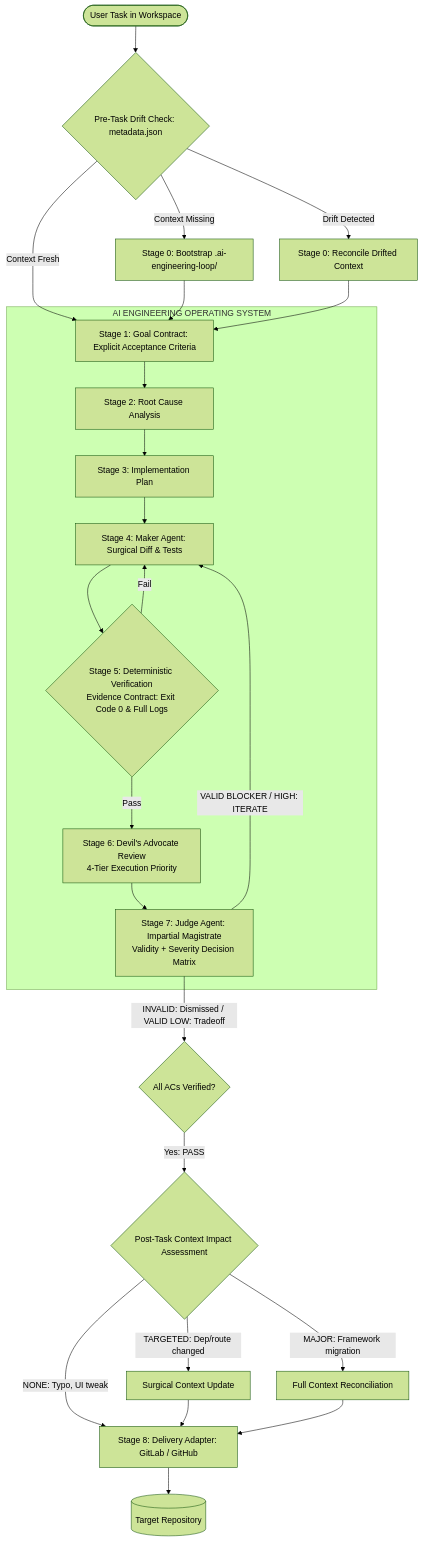
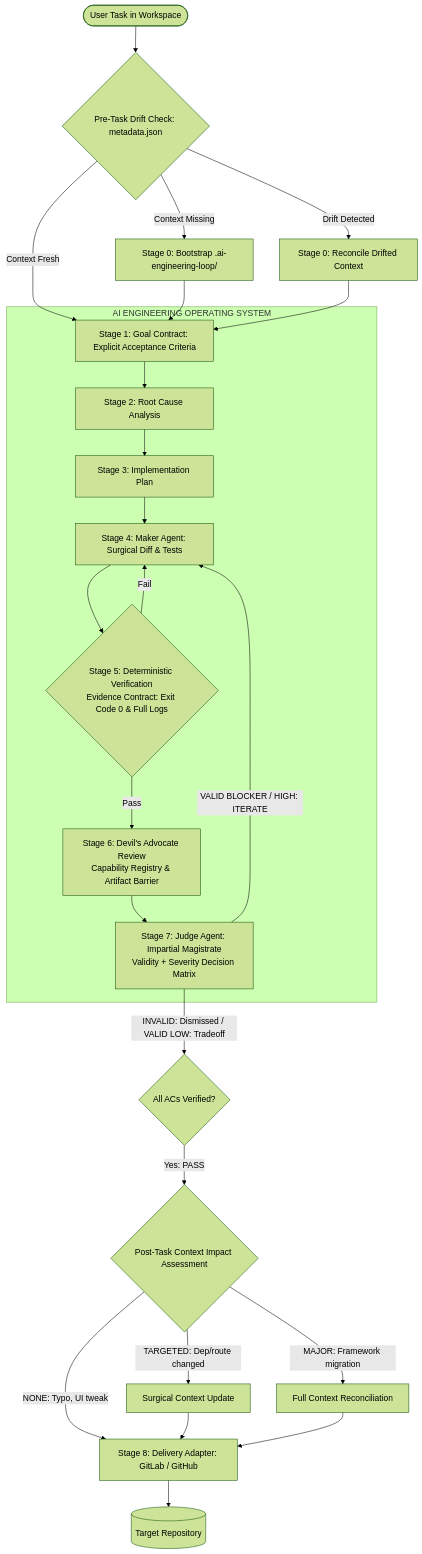
Before and after one commit to egagofur/ai-engineering-loop: the diagram in README.md, drawn with Mermaid (forest theme). The commit also changed other lines of this file and 4 other files, not shown here.

Commit message:
feat: enforce 3-stage capability lifecycle and precise runtime disclosure

````diff
--- a/README.md
+++ b/README.md
@@ -25,33 +25,33 @@
 ```mermaid
 flowchart TD
     Start([User Task in Workspace]) --> PreCheck{Pre-Task Drift Check: metadata.json}
     
     PreCheck -->|Context Missing| AutoInit[Stage 0: Bootstrap .ai-engineering-loop/]
     PreCheck -->|Drift Detected| Reconcile[Stage 0: Reconcile Drifted Context]
     PreCheck -->|Context Fresh| GC[Stage 1: Goal Contract: Explicit Acceptance Criteria]
     
     AutoInit --> GC
     Reconcile --> GC
     
     subgraph CoreEngine [AI ENGINEERING OPERATING SYSTEM]
         GC --> RCA[Stage 2: Root Cause Analysis]
         RCA --> Plan[Stage 3: Implementation Plan]
         Plan --> MA[Stage 4: Maker Agent: Surgical Diff & Tests]
         MA --> DV{Stage 5: Deterministic Verification<br>Evidence Contract: Exit Code 0 & Full Logs}
         
         DV -->|Fail| MA
-        DV -->|Pass| DA[Stage 6: Devil's Advocate Review<br>4-Tier Execution Priority]
+        DV -->|Pass| DA[Stage 6: Devil's Advocate Review<br>Capability Registry & Artifact Barrier]
         
         DA --> JD[Stage 7: Judge Agent: Impartial Magistrate<br>Validity + Severity Decision Matrix]
     end
     
     JD -->|VALID BLOCKER / HIGH: ITERATE| MA
     JD -->|INVALID: Dismissed / VALID LOW: Tradeoff| CheckDoD{All ACs Verified?}
     
     CheckDoD -->|Yes: PASS| ImpactEval{Post-Task Context Impact Assessment}
     ImpactEval -->|NONE: Typo, UI tweak| Adapter[Stage 8: Delivery Adapter: GitLab / GitHub]
     ImpactEval -->|TARGETED: Dep/route changed| PartialRefresh[Surgical Context Update] --> Adapter
     ImpactEval -->|MAJOR: Framework migration| FullRefresh[Full Context Reconciliation] --> Adapter
     
     Adapter --> TargetRepo[(Target Repository)]
 ```
````
